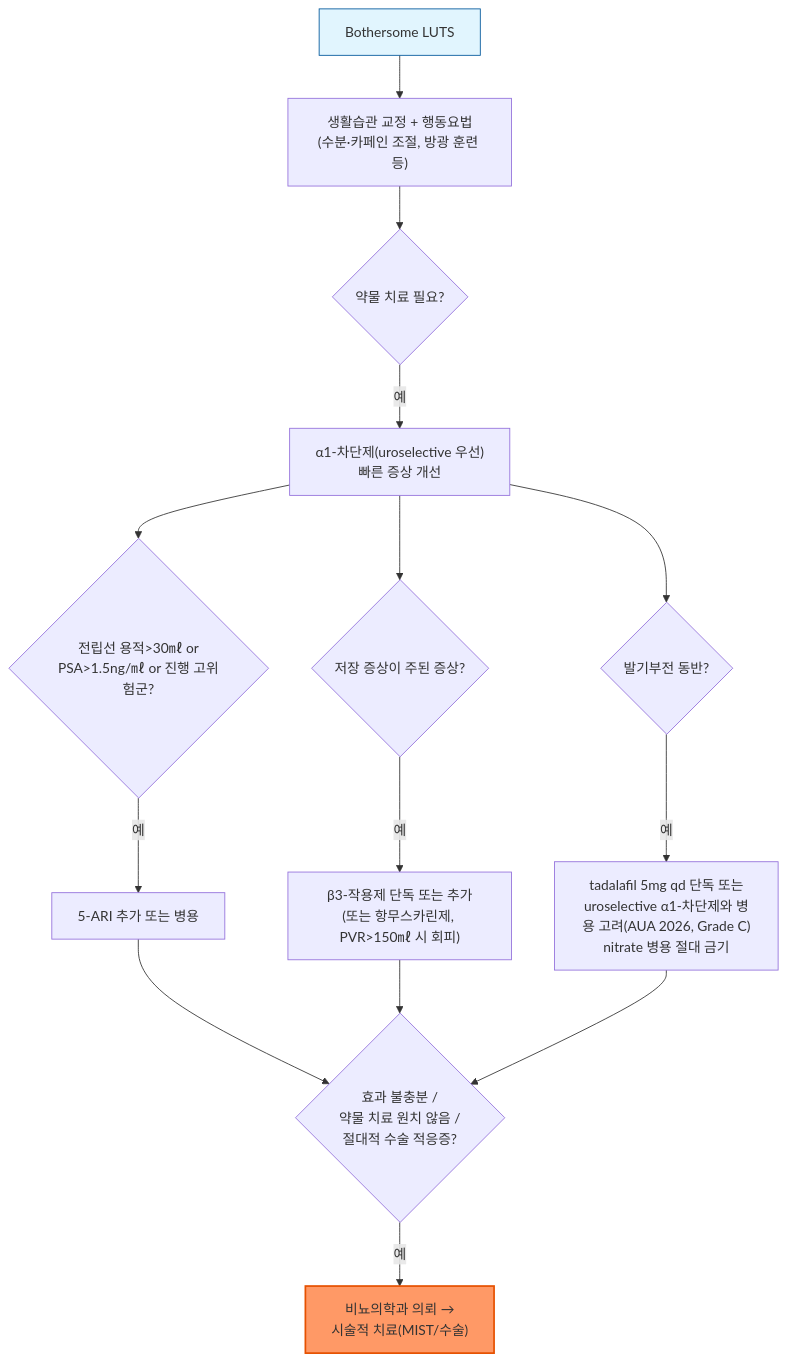
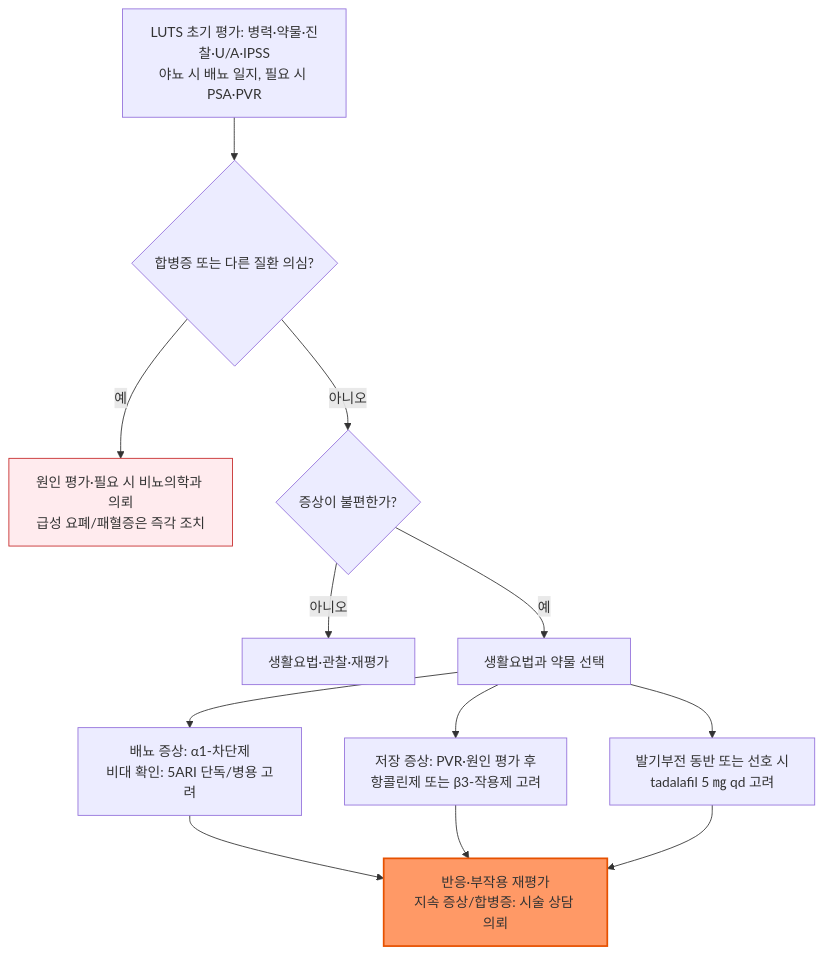
One commit to familyoh77/familyoh77 changed the second of 2 diagrams in 227_/124_-benign-prostatic-hyperplasia-bph.md. Above: the diagram before and after it, drawn with Mermaid. The commit also changed other lines of this file, not shown here.

````diff
--- a/227_/124_-benign-prostatic-hyperplasia-bph.md
+++ b/227_/124_-benign-prostatic-hyperplasia-bph.md
@@ -387,18 +337,16 @@
 ```mermaid
 graph TD
-    A["Bothersome LUTS"] --> B["생활습관 교정 + 행동요법<br/>(수분·카페인 조절, 방광 훈련 등)"]
-    B --> C{"약물 치료 필요?"}
-    C -->|예| D["α1-차단제(uroselective 우선)<br/>빠른 증상 개선"]
-    D --> E{"전립선 용적>30㎖ or<br/>PSA>1.5ng/㎖ or 진행 고위험군?"}
-    E -->|예| F["5-ARI 추가 또는 병용"]
-    D --> G{"저장 증상이 주된 증상?"}
-    G -->|예| H["β3-작용제 단독 또는 추가<br/>(또는 항무스카린제, PVR>150㎖ 시 회피)"]
-    D --> I{"발기부전 동반?"}
-    I -->|예| J["tadalafil 5mg qd 단독 또는<br/>uroselective α1-차단제와 병용 고려(AUA 2026, Grade C)<br/>nitrate 병용 절대 금기"]
-    F --> K{"효과 불충분 /<br/>약물 치료 원치 않음 /<br/>절대적 수술 적응증?"}
-    H --> K
-    J --> K
-    K -->|예| L["비뇨의학과 의뢰 →<br/>시술적 치료(MIST/수술)"]
-    style A fill:#e1f5fe,stroke:#01579b
-    style L fill:#f96,stroke:#e65100,stroke-width:2px
+    A["LUTS 초기 평가: 병력·약물·진찰·U/A·IPSS<br/>야뇨 시 배뇨 일지, 필요 시 PSA·PVR"] --> B{"합병증 또는 다른 질환 의심?"}
+    B -->|예| C["원인 평가·필요 시 비뇨의학과 의뢰<br/>급성 요폐/패혈증은 즉각 조치"]
+    B -->|아니오| D{"증상이 불편한가?"}
+    D -->|아니오| E["생활요법·관찰·재평가"]
+    D -->|예| F["생활요법과 약물 선택"]
+    F --> G["배뇨 증상: α1-차단제<br/>비대 확인: 5ARI 단독/병용 고려"]
+    F --> H["저장 증상: PVR·원인 평가 후<br/>항콜린제 또는 β3-작용제 고려"]
+    F --> I["발기부전 동반 또는 선호 시<br/>tadalafil 5 ㎎ qd 고려"]
+    G --> J["반응·부작용 재평가<br/>지속 증상/합병증: 시술 상담 의뢰"]
+    H --> J
+    I --> J
+    style C fill:#ffebee,stroke:#c62828
+    style J fill:#f96,stroke:#e65100,stroke-width:2px
 ```
````
